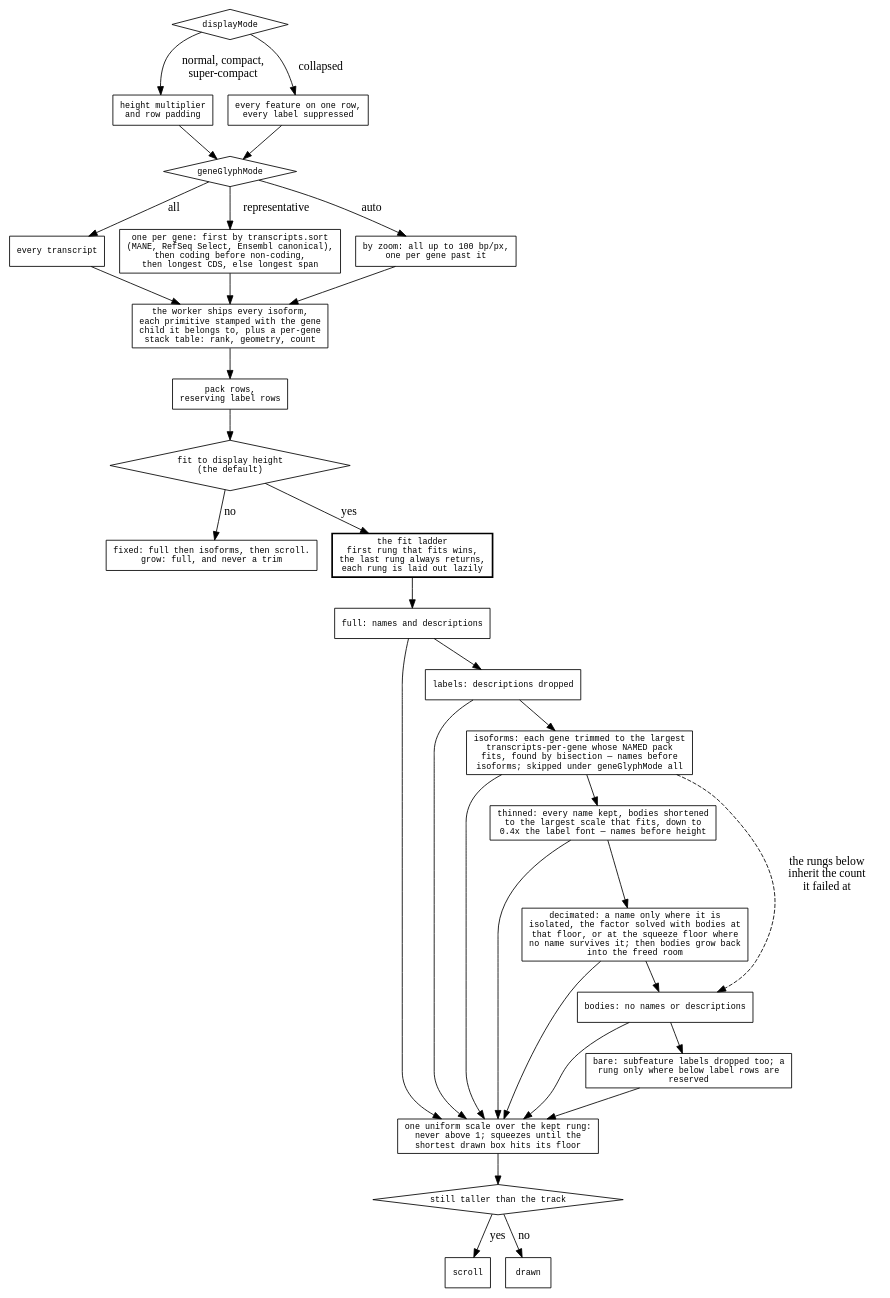
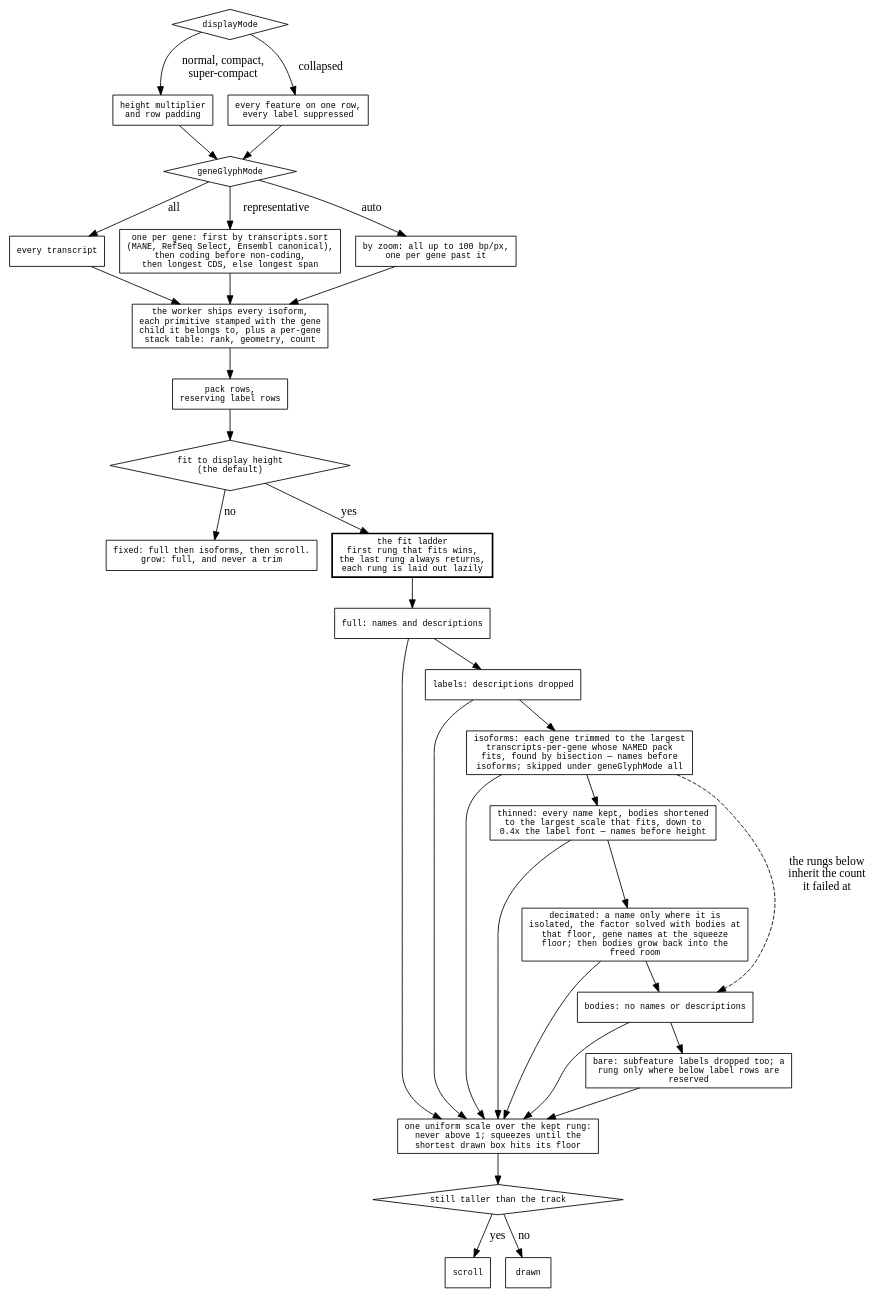
Before and after one commit to GMOD/jbrowse-components: the diagram in agent-docs/reference/diagrams/feature-budget.dot, drawn with Graphviz. The commit also changed 4 other files, not shown here.

```diff
--- a/agent-docs/reference/diagrams/feature-budget.dot
+++ b/agent-docs/reference/diagrams/feature-budget.dot
@@ -1,54 +1,54 @@
 digraph feature_budget {
   rankdir=TB
   node [shape=box fontname=monospace fontsize=10]
   { node [shape=diamond] mode; glyphmode; fits; over }
 
   mode [label="displayMode"]
   mode -> sized     [label=" normal, compact,\n super-compact"]
   mode -> collapsed [label=" collapsed"]
   sized     [label="height multiplier\nand row padding"]
   collapsed [label="every feature on one row,\nevery label suppressed"]
 
   glyphmode [label="geneGlyphMode"]
   sized -> glyphmode  collapsed -> glyphmode
   glyphmode -> allt [label=" all"]
   glyphmode -> one  [label=" representative"]
   glyphmode -> zoom [label=" auto"]
   allt [label="every transcript"]
   one  [label="one per gene: first by transcripts.sort\n(MANE, RefSeq Select, Ensembl canonical),\nthen coding before non-coding,\nthen longest CDS, else longest span"]
   zoom [label="by zoom: all up to 100 bp/px,\none per gene past it"]
 
   ship [label="the worker ships every isoform,\neach primitive stamped with the gene\nchild it belongs to, plus a per-gene\nstack table: rank, geometry, count"]
   allt -> ship  one -> ship  zoom -> ship
 
   pack [label="pack rows,\nreserving label rows"]
   ship -> pack -> fits
 
   fits [label="fit to display height\n(the default)"]
   fits -> plain  [label=" no"]
   fits -> ladder [label=" yes"]
   plain [label="fixed: full then isoforms, then scroll.\ngrow: full, and never a trim"]
 
   ladder [label="the fit ladder\nfirst rung that fits wins,\nthe last rung always returns,\neach rung is laid out lazily", style=bold]
   // BEGIN GENERATED FIT_LADDER
   // Generated by `pnpm autogen` from FIT_LADDER in plugins/features/src/LinearBasicDisplay/fitLadderOrder.ts; edit that, not this block.
   ladder -> full -> labels -> isoforms -> thinned -> decimated -> bodies -> bare
   full      [label="full: names and descriptions"]
   labels    [label="labels: descriptions dropped"]
   isoforms  [label="isoforms: each gene trimmed to the largest\ntranscripts-per-gene whose NAMED pack\nfits, found by bisection — names before\nisoforms; skipped under geneGlyphMode all"]
   thinned   [label="thinned: every name kept, bodies shortened\nto the largest scale that fits, down to\n0.4x the label font — names before height"]
-  decimated [label="decimated: a name only where it is\nisolated, the factor solved with bodies at\nthat floor, or at the squeeze floor where\nno name survives it; then bodies grow back\ninto the freed room"]
+  decimated [label="decimated: a name only where it is\nisolated, the factor solved with bodies at\nthat floor, gene names at the squeeze\nfloor; then bodies grow back into the\nfreed room"]
   bodies    [label="bodies: no names or descriptions"]
   bare      [label="bare: subfeature labels dropped too; a\nrung only where below label rows are\nreserved"]
   full -> scale  labels -> scale  isoforms -> scale  thinned -> scale  decimated -> scale  bodies -> scale  bare -> scale
   // END GENERATED FIT_LADDER
   isoforms -> bodies [label=" the rungs below\n inherit the count\n it failed at" style=dashed]
 
   scale [label="one uniform scale over the kept rung:\nnever above 1; squeezes until the\nshortest drawn box hits its floor"]
   scale -> over
   over [label="still taller than the track"]
   over -> scroll [label=" yes"]
   over -> done   [label=" no"]
   scroll [label="scroll"]
   done   [label="drawn"]
 }
```
